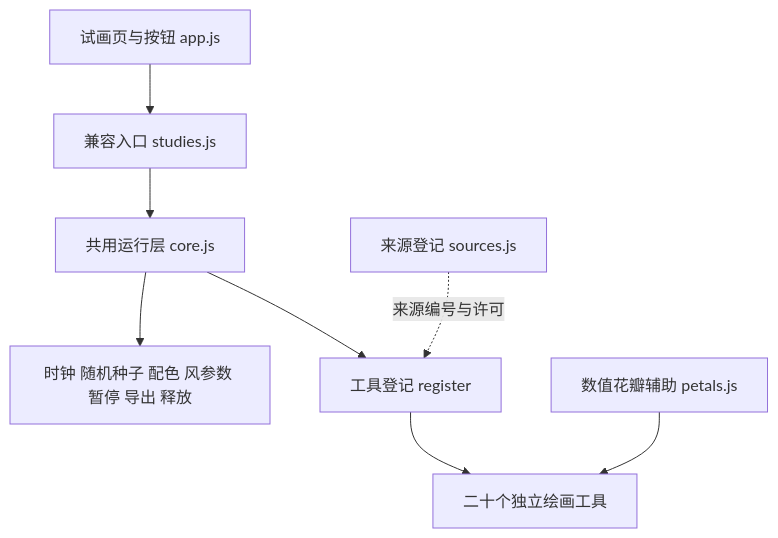
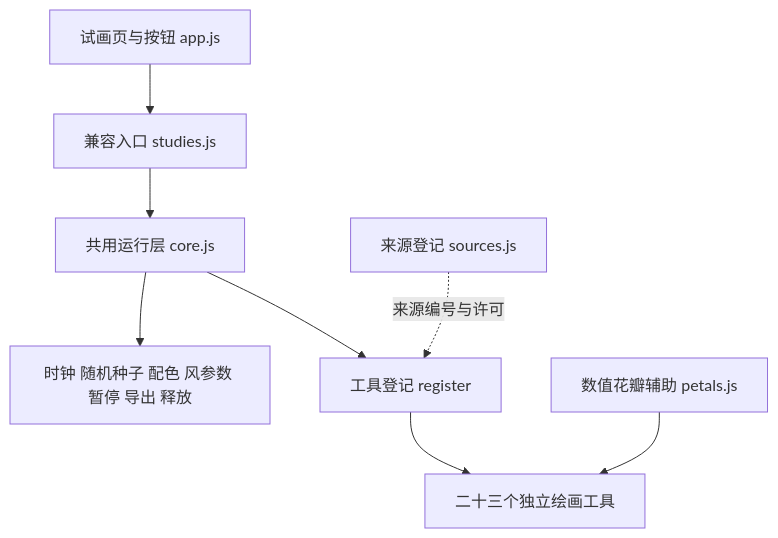
Before and after one commit to tuolaskifc/flowing-poetry: the diagram in experiments/imagery-library/drawing/README.md, drawn with Mermaid. The commit also changed other lines of this file and 34 other files, not shown here.

````diff
--- a/experiments/imagery-library/drawing/README.md
+++ b/experiments/imagery-library/drawing/README.md
@@ -9,10 +9,10 @@
 ```mermaid
 flowchart TD
   ui[试画页与按钮 app.js] --> facade[兼容入口 studies.js]
   facade --> core[共用运行层 core.js]
   core --> registry[工具登记 register]
-  registry --> tools[二十个独立绘画工具]
+  registry --> tools[二十三个独立绘画工具]
   sources[来源登记 sources.js] -. 来源编号与许可 .-> registry
   core --> common[时钟 随机种子 配色 风参数 暂停 导出 释放]
   petals[数值花瓣辅助 petals.js] --> tools
 ```
````
